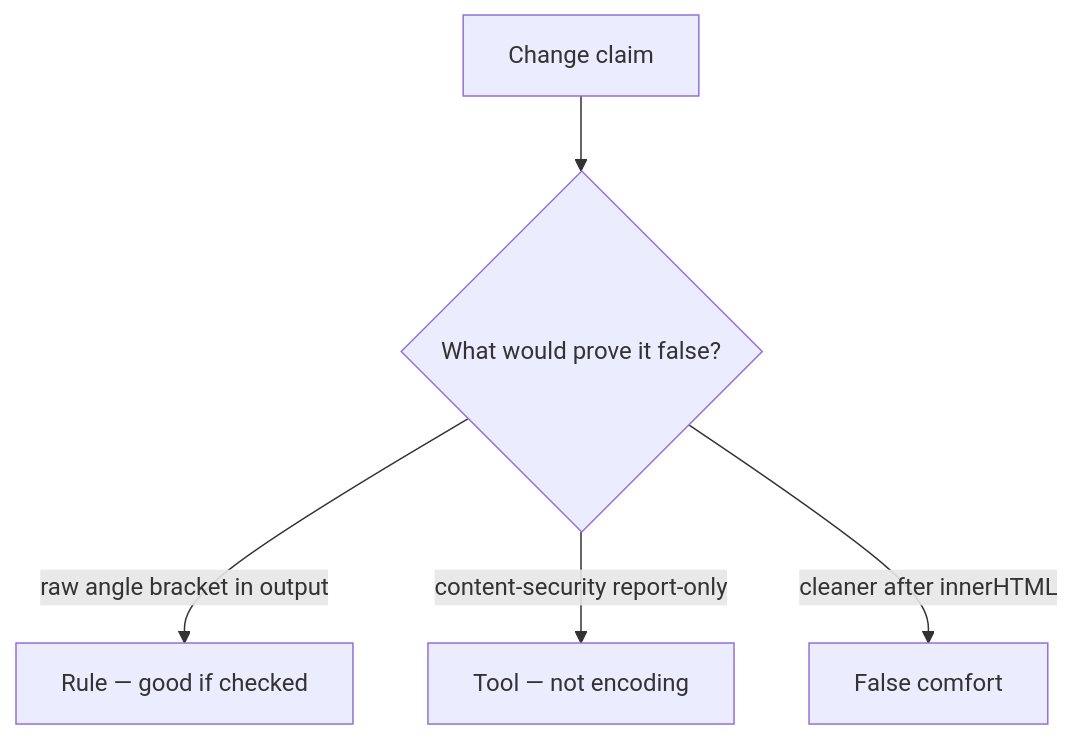
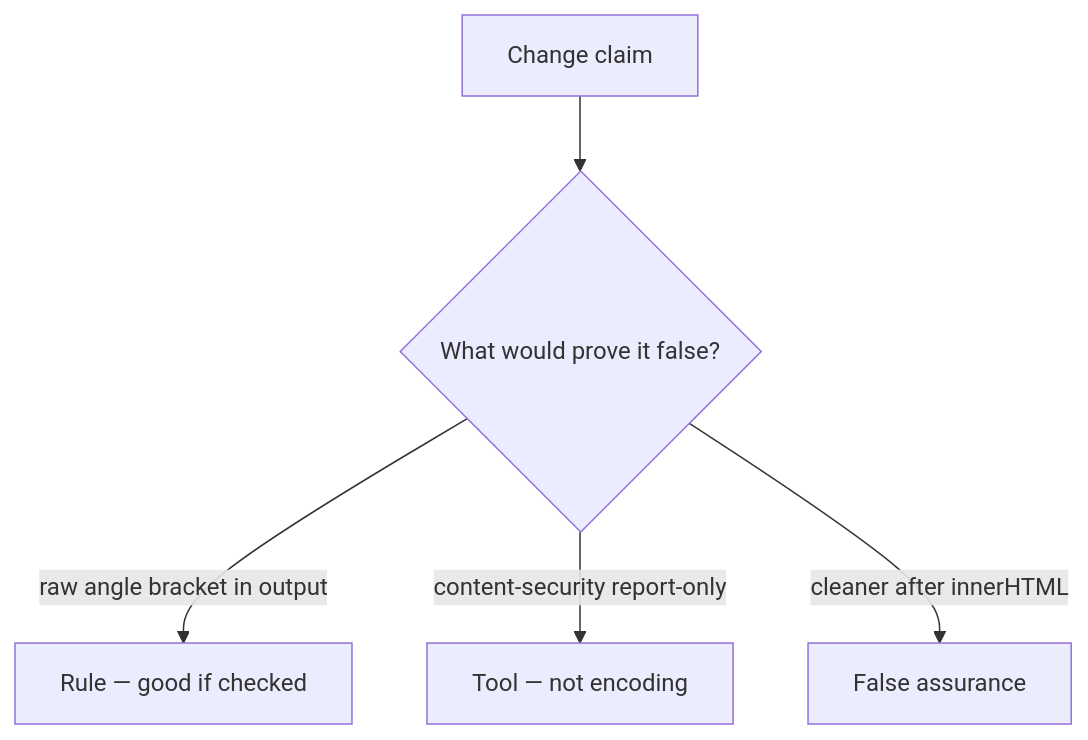
One commit to ishitvagoel/LearnSecurity changed the diagram in content/modules/6/6.2/lessons/08-review.md. Above: the diagram before and after it, drawn with Mermaid. The commit also changed other lines of this file and 240 other files, not shown here.

````diff
--- a/content/modules/6/6.2/lessons/08-review.md
+++ b/content/modules/6/6.2/lessons/08-review.md
@@ -18,7 +18,7 @@
 ```mermaid
 flowchart TD
   Claim[Change claim] --> Q{"What would prove it false?"}
   Q -->|"raw angle bracket in output"| Property["Rule — good if checked"]
   Q -->|"content-security report-only"| Mechanism[Tool — not encoding]
-  Q -->|"cleaner after innerHTML"| False[False comfort]
+  Q -->|"cleaner after innerHTML"| False[False assurance]
 ```
````
